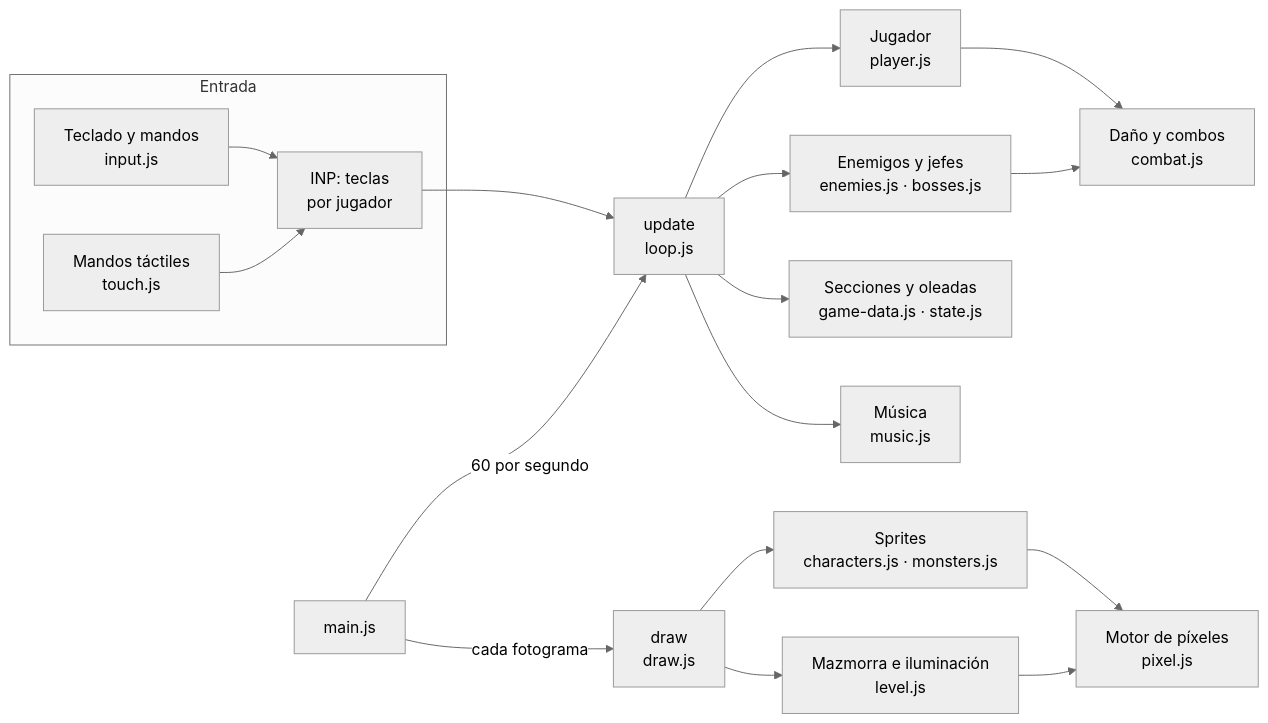
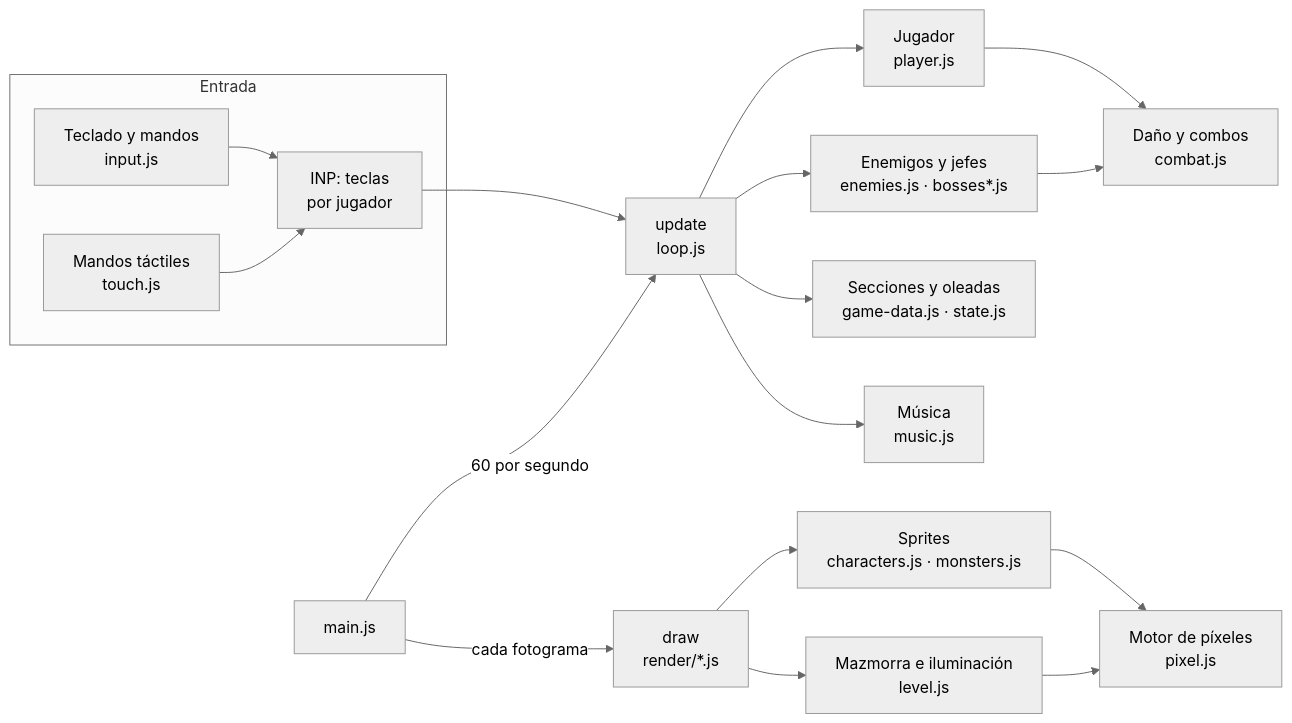
One commit to serbenda/dungeons-and-deployments changed the first of 2 diagrams in docs/arquitectura.md. Above: the diagram before and after it, drawn with Mermaid (neutral theme). The commit also changed other lines of this file and 13 other files, not shown here.

````diff
--- a/docs/arquitectura.md
+++ b/docs/arquitectura.md
@@ -7,20 +7,20 @@
 ```mermaid
 flowchart LR
   subgraph Entrada
     K[Teclado y mandos<br>input.js] --> Q[INP: teclas<br>por jugador]
     T[Mandos táctiles<br>touch.js] --> Q
   end
   Q --> U[update<br>loop.js]
   U --> PL[Jugador<br>player.js]
-  U --> EN[Enemigos y jefes<br>enemies.js · bosses.js]
+  U --> EN[Enemigos y jefes<br>enemies.js · bosses*.js]
   PL --> CB[Daño y combos<br>combat.js]
   EN --> CB
   U --> SEC[Secciones y oleadas<br>game-data.js · state.js]
   U --> MU[Música<br>music.js]
-  D[draw<br>draw.js] --> LV[Mazmorra e iluminación<br>level.js]
+  D[draw<br>render/*.js] --> LV[Mazmorra e iluminación<br>level.js]
   D --> SP[Sprites<br>characters.js · monsters.js]
   SP --> PX[Motor de píxeles<br>pixel.js]
   LV --> PX
   M[main.js] -->|60 por segundo| U
   M -->|cada fotograma| D
 ```
````
